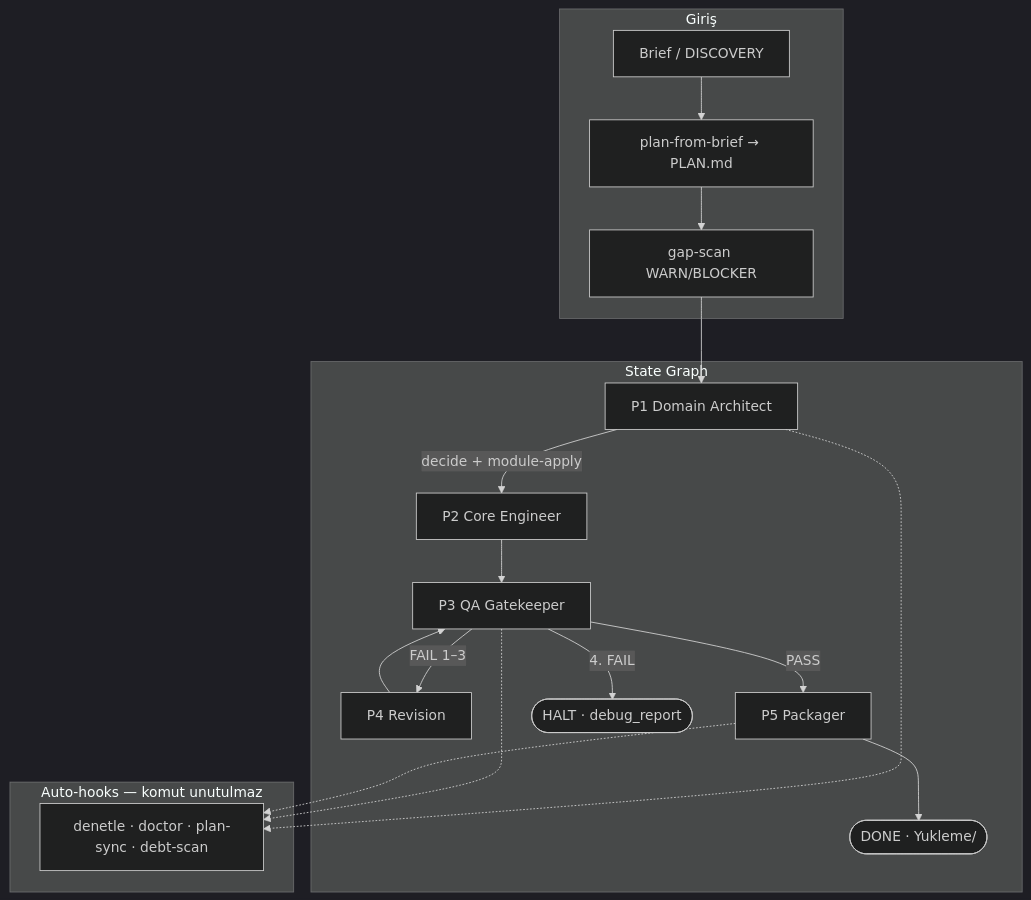
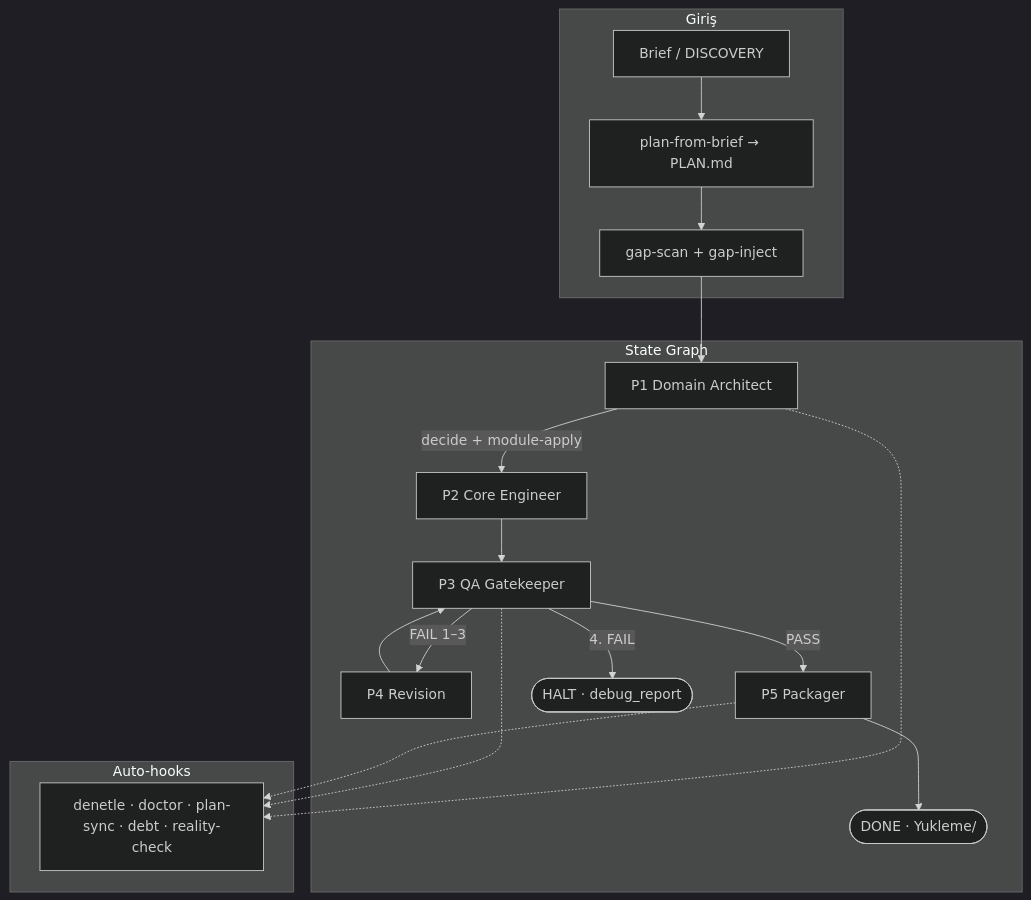
Before and after one commit to UlasKasikci/repo: the diagram in README.md, drawn with Mermaid (dark theme). The commit also changed other lines of this file and 16 other files, not shown here.

First line of the commit message:
docs(v1.4.1): sync README and purge stale Android/plan MD refs

````diff
--- a/README.md
+++ b/README.md
@@ -33,35 +33,35 @@
 ```mermaid
 flowchart TB
   subgraph intake["Giriş"]
     B[Brief / DISCOVERY]
     P[plan-from-brief → PLAN.md]
-    G[gap-scan WARN/BLOCKER]
+    G[gap-scan + gap-inject]
     B --> P --> G
   end
 
   subgraph graph["State Graph"]
     P1[P1 Domain Architect]
     P2[P2 Core Engineer]
     P3[P3 QA Gatekeeper]
     P4[P4 Revision]
     P5[P5 Packager]
     DONE([DONE · Yukleme/])
     HALT([HALT · debug_report])
     P1 -->|decide + module-apply| P2
     P2 --> P3
     P3 -->|PASS| P5
     P3 -->|FAIL 1–3| P4
     P4 --> P3
     P3 -->|4. FAIL| HALT
     P5 --> DONE
   end
 
-  subgraph auto["Auto-hooks — komut unutulmaz"]
-    H1[denetle · doctor · plan-sync · debt-scan]
+  subgraph auto["Auto-hooks"]
+    H1[denetle · doctor · plan-sync · debt · reality-check]
   end
 
   G --> P1
   P1 -.-> H1
   P3 -.-> H1
   P5 -.-> H1
 ```
````
